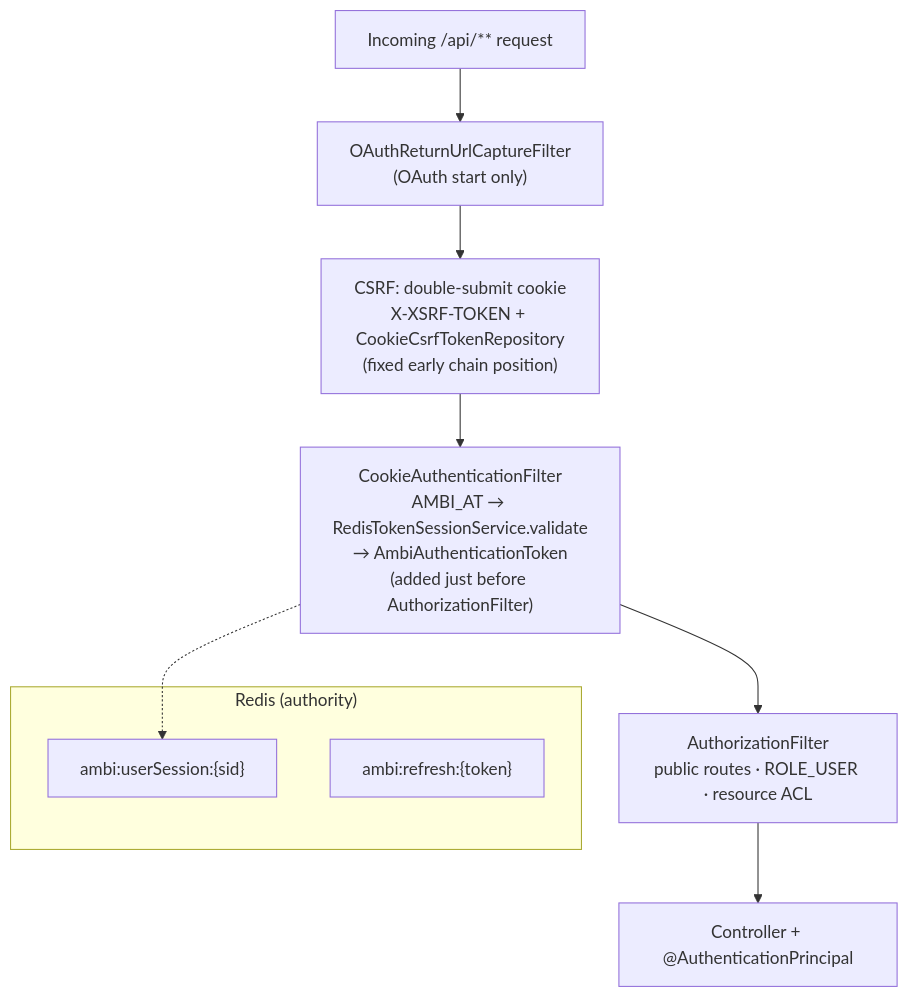
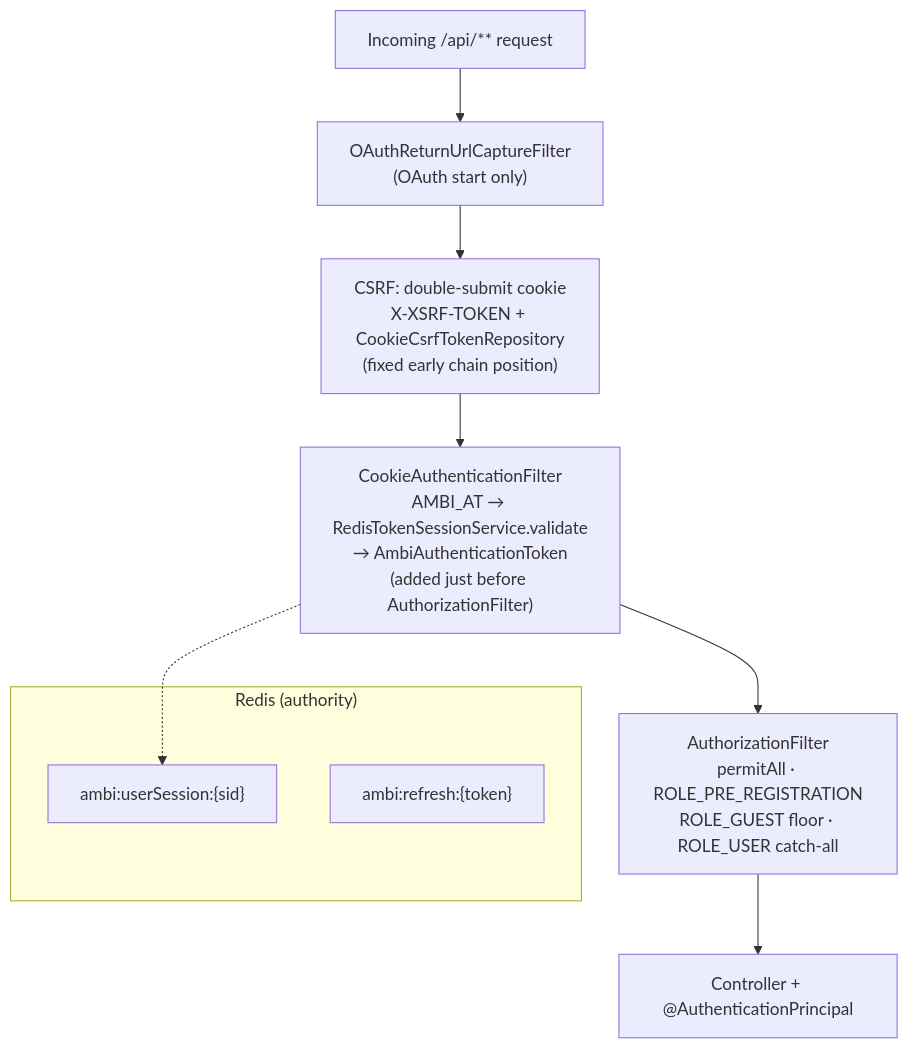
One commit to Saganaut/ambi changed the fifth of 5 diagrams in z-docs/diagrams/authentication.md. Above: the diagram before and after it, drawn with Mermaid. The commit also changed other lines of this file and 91 other files, not shown here.

````diff
--- a/z-docs/diagrams/authentication.md
+++ b/z-docs/diagrams/authentication.md
@@ -151,14 +141,14 @@
 ```mermaid
 flowchart TB
     REQ["Incoming /api/** request"] --> CAP["OAuthReturnUrlCaptureFilter<br/>(OAuth start only)"]
     CAP --> CSRF["CSRF: double-submit cookie<br/>X-XSRF-TOKEN + CookieCsrfTokenRepository<br/>(fixed early chain position)"]
     CSRF --> COOKIE["CookieAuthenticationFilter<br/>AMBI_AT → RedisTokenSessionService.validate<br/>→ AmbiAuthenticationToken<br/>(added just before AuthorizationFilter)"]
-    COOKIE --> AUTHZ["AuthorizationFilter<br/>public routes · ROLE_USER · resource ACL"]
+    COOKIE --> AUTHZ["AuthorizationFilter<br/>permitAll · ROLE_PRE_REGISTRATION<br/>ROLE_GUEST floor · ROLE_USER catch-all"]
     AUTHZ --> CTRL["Controller + @AuthenticationPrincipal"]
 
     subgraph redis["Redis (authority)"]
         S1["ambi:userSession:{sid}"]
         S2["ambi:refresh:{token}"]
     end
     COOKIE -.-> S1
 ```
````
